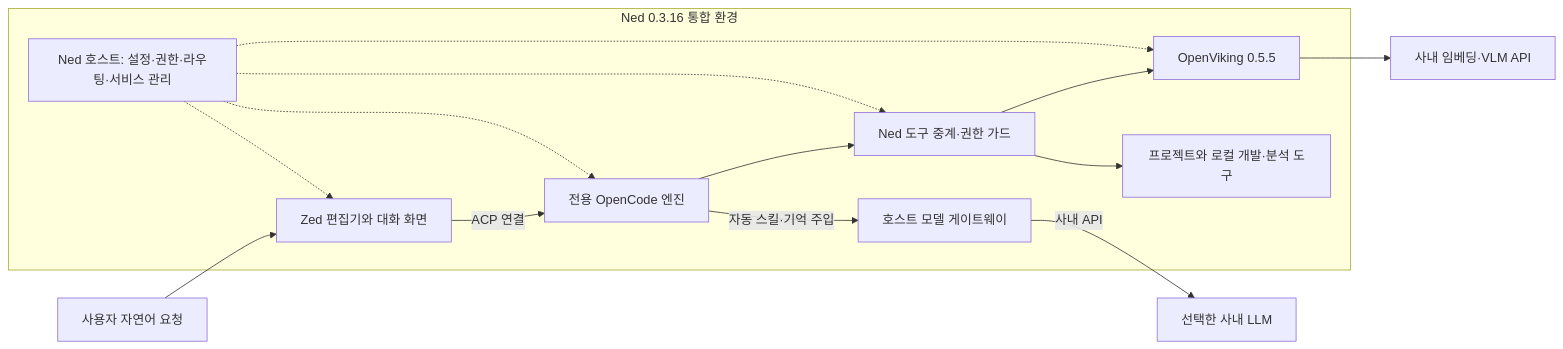
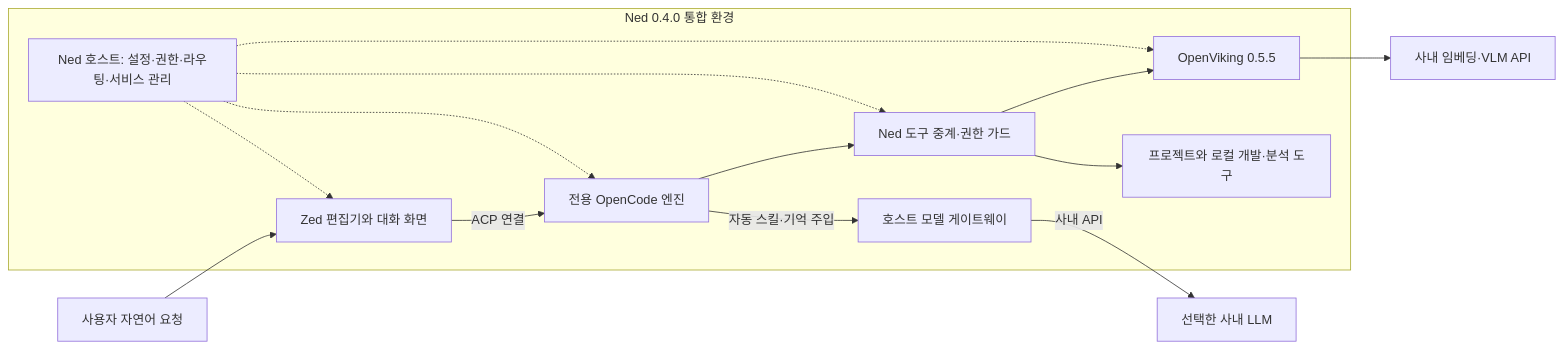
One commit to SungKyu-Kim39/AgentHarness changed the diagram in docs/ned-vs-zed.md. Above: the diagram before and after it, drawn with Mermaid. The commit also changed other lines of this file and 62 other files, not shown here.

Commit message:
feat: Ned 0.4.0 offline workspace tools, checkpoints, worktrees, spec workflow, HWP/Office, diagrams, OpenAPI, 5 skills

````diff
--- a/docs/ned-vs-zed.md
+++ b/docs/ned-vs-zed.md
@@ -36,17 +36,17 @@
 ```mermaid
 flowchart LR
     User[사용자 자연어 요청] --> Zed[Zed 편집기와 대화 화면]
-    subgraph Ned[Ned 0.3.16 통합 환경]
+    subgraph Ned[Ned 0.4.0 통합 환경]
         Zed -->|ACP 연결| Engine[전용 OpenCode 엔진]
         Engine -->|자동 스킬·기억 주입| Gateway[호스트 모델 게이트웨이]
         Engine --> Tools[Ned 도구 중계·권한 가드]
         Tools --> Local[프로젝트와 로컬 개발·분석 도구]
         Tools --> Knowledge[OpenViking 0.5.5]
         Host[Ned 호스트: 설정·권한·라우팅·서비스 관리] -.-> Zed
         Host -.-> Engine
         Host -.-> Tools
         Host -.-> Knowledge
     end
     Gateway -->|사내 API| LLM[선택한 사내 LLM]
     Knowledge --> Embedding[사내 임베딩·VLM API]
 ```
````
